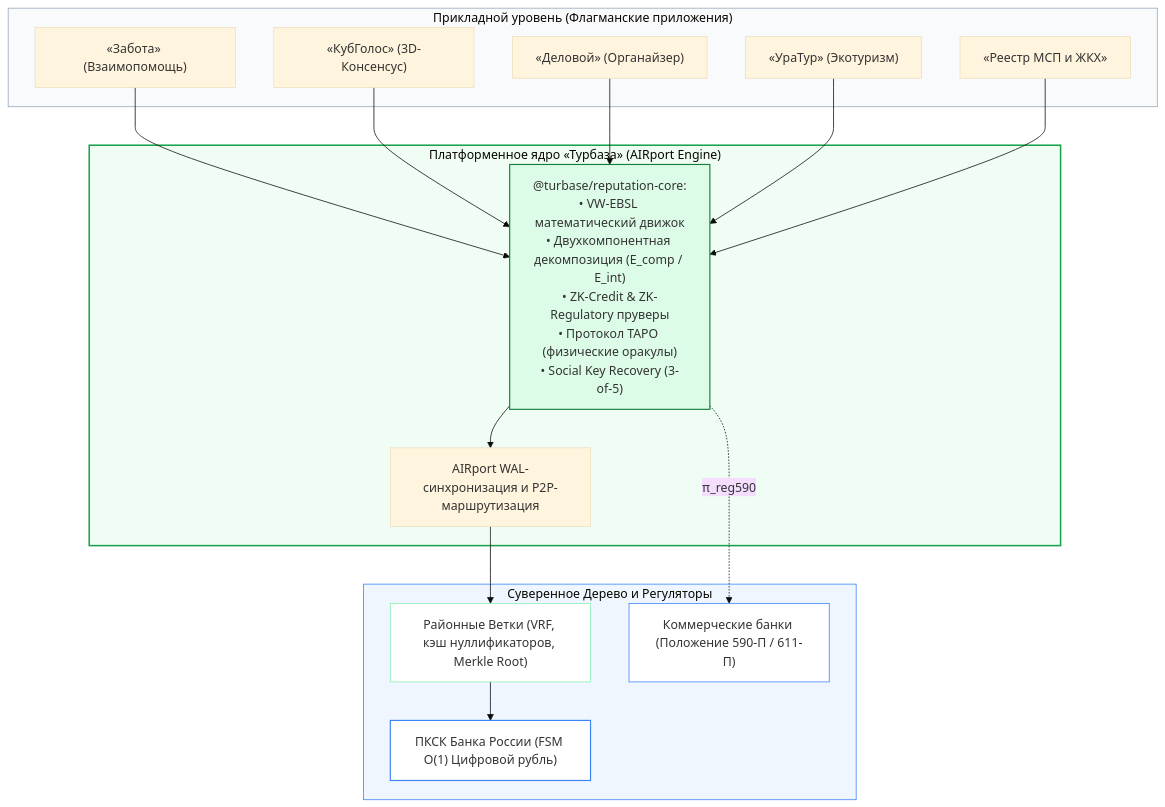
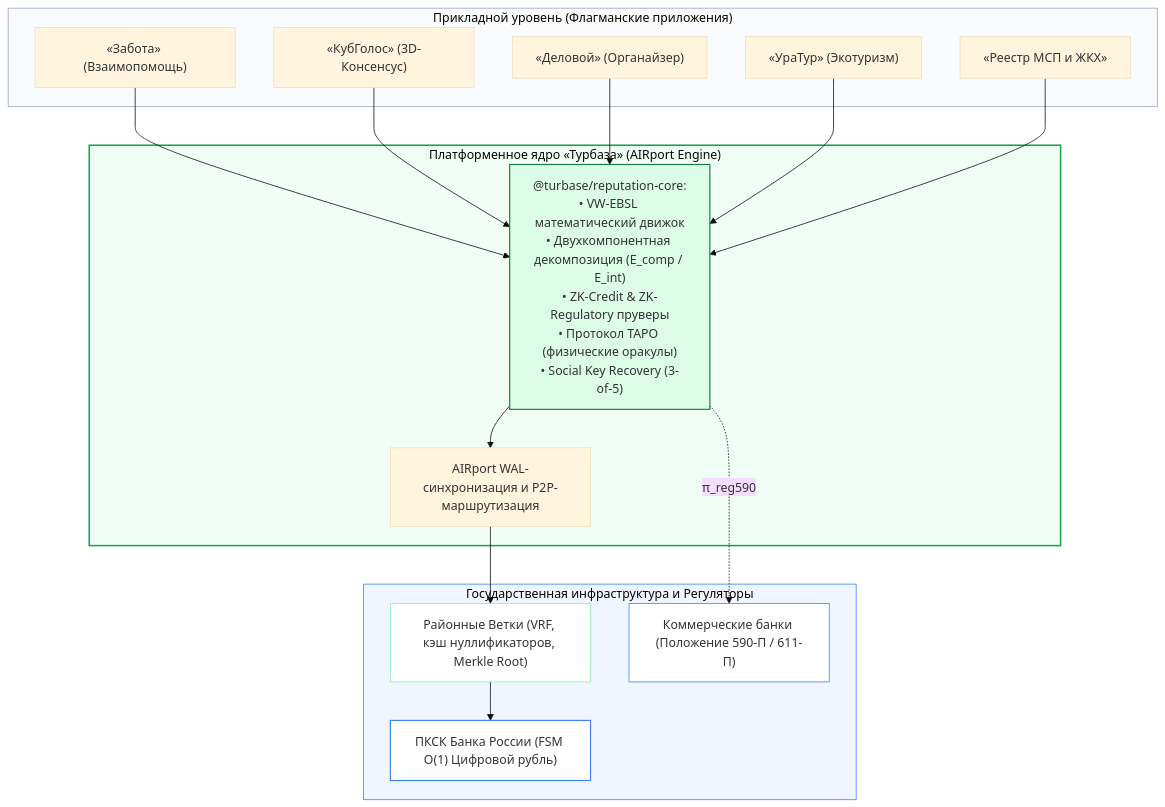
Before and after one commit to Data-Independence-Network/presentations: the ninth of 17 diagrams in shared_docs/whitepapers/applications/sapoto/Sapoto_Reputation_and_Credit_System_Specification.md, drawn with Mermaid (base theme). The commit also changed other lines of this file and 5 other files, not shown here.

````diff
--- a/shared_docs/whitepapers/applications/sapoto/Sapoto_Reputation_and_Credit_System_Specification.md
+++ b/shared_docs/whitepapers/applications/sapoto/Sapoto_Reputation_and_Credit_System_Specification.md
@@ -1106,40 +1106,40 @@
 ```mermaid
 graph TD
     subgraph AppLevel ["Прикладной уровень (Флагманские приложения)"]
         SapotoApp["«Забота» (Взаимопомощь)"]
         VoteCubeApp["«КубГолос» (3D-Консенсус)"]
         DelovoyApp["«Деловой» (Органайзер)"]
         UraTourApp["«УраТур» (Экотуризм)"]
         LocalReestrApp["«Реестр МСП и ЖКХ»"]
     end
 
     subgraph PlatformCore ["Платформенное ядро «Турбаза» (AIRport Engine)"]
         RepCore["@turbase/reputation-core:<br/>• VW-EBSL математический движок<br/>• Двухкомпонентная декомпозиция (E_comp / E_int)<br/>• ZK-Credit & ZK-Regulatory пруверы<br/>• Протокол TAPO (физические оракулы)<br/>• Social Key Recovery (3-of-5)"]
         TreeSync["AIRport WAL-синхронизация и P2P-маршрутизация"]
     end
 
-    subgraph Infrastructure ["Суверенное Дерево и Регуляторы"]
+    subgraph Infrastructure ["Государственная инфраструктура и Регуляторы"]
         BranchTier["Районные Ветки (VRF, кэш нуллификаторов, Merkle Root)"]
         CBRTrunk["ПКСК Банка России (FSM O(1) Цифровой рубль)"]
         BankReg["Коммерческие банки (Положение 590-П / 611-П)"]
     end
 
     SapotoApp --> RepCore
     VoteCubeApp --> RepCore
     DelovoyApp --> RepCore
     UraTourApp --> RepCore
     LocalReestrApp --> RepCore
 
     RepCore --> TreeSync
     TreeSync --> BranchTier
     BranchTier --> CBRTrunk
     RepCore -.->|π_reg590| BankReg
 
     style AppLevel fill:#f8fafc,stroke:#94a3b8,stroke-width:1px
     style PlatformCore fill:#f0fdf4,stroke:#16a34a,stroke-width:2px
     style RepCore fill:#dcfce7,stroke:#15803d,stroke-width:1.5px
     style Infrastructure fill:#eff6ff,stroke:#3b82f6,stroke-width:1px
     style BranchTier fill:#ffffff,stroke:#86efac,stroke-width:1px
     style CBRTrunk fill:#ffffff,stroke:#3b82f6,stroke-width:1.5px
     style BankReg fill:#ffffff,stroke:#3b82f6,stroke-width:1px
 ```
````
